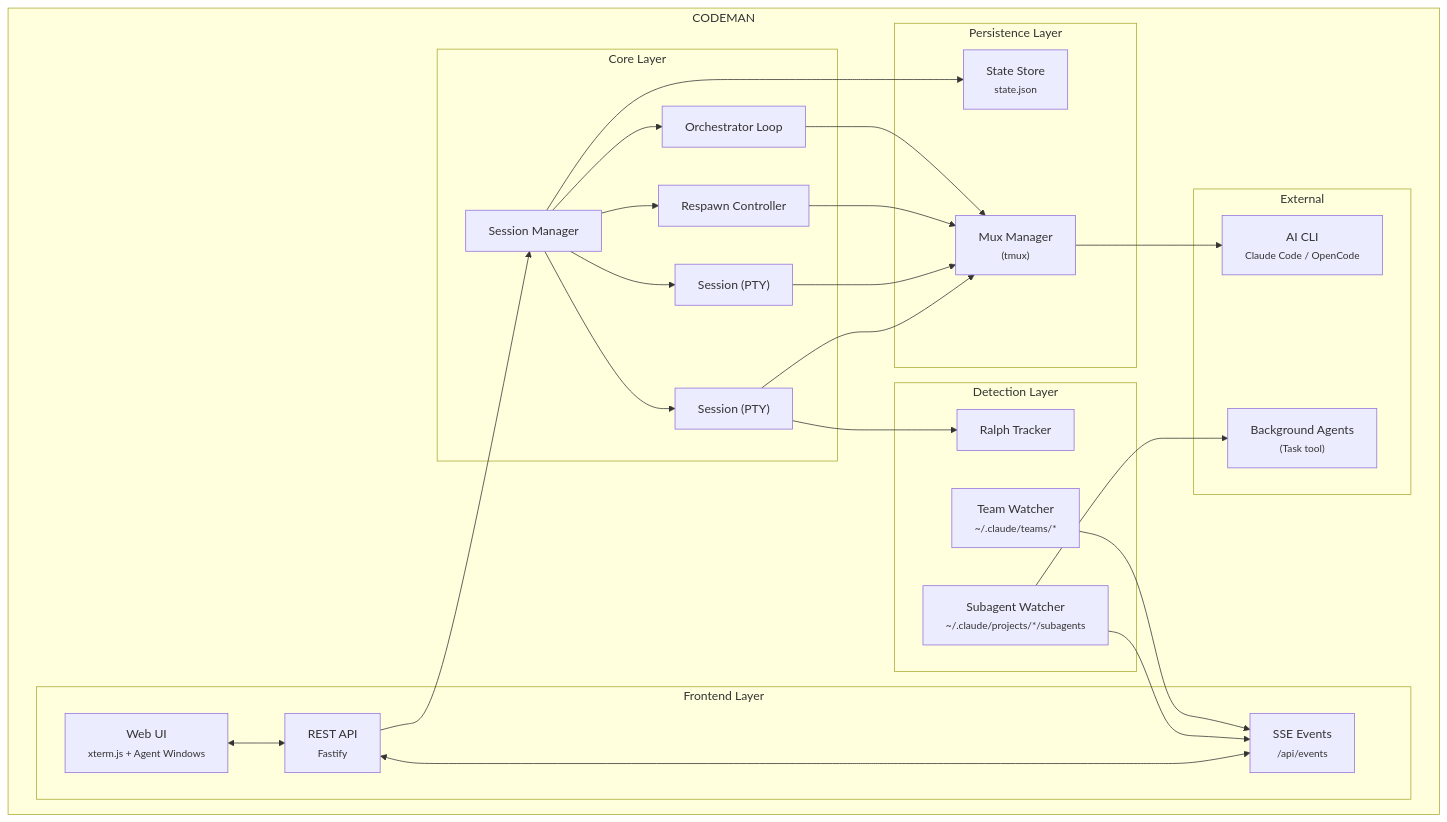
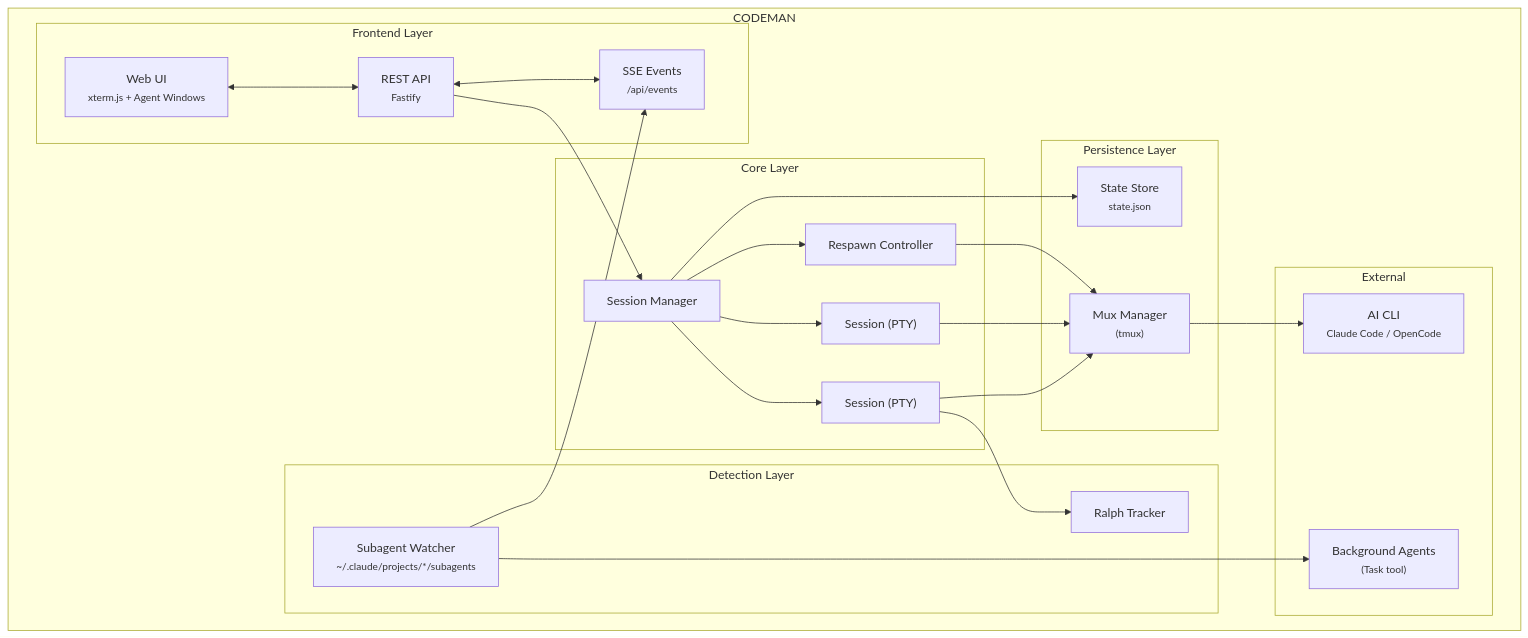
The diagram in README.md (aakhter/Codeman), drawn with Mermaid before and after one commit. The commit also changed other lines of this file and 2 other files, not shown here.

````diff
--- a/README.md
+++ b/README.md
@@ -553,52 +470,47 @@
 ```mermaid
 flowchart TB
     subgraph Codeman["CODEMAN"]
         subgraph Frontend["Frontend Layer"]
             UI["Web UI<br/><small>xterm.js + Agent Windows</small>"]
             API["REST API<br/><small>Fastify</small>"]
             SSE["SSE Events<br/><small>/api/events</small>"]
         end
 
         subgraph Core["Core Layer"]
             SM["Session Manager"]
             S1["Session (PTY)"]
             S2["Session (PTY)"]
             RC["Respawn Controller"]
-            ORC["Orchestrator Loop"]
         end
 
         subgraph Detection["Detection Layer"]
             RT["Ralph Tracker"]
             SW["Subagent Watcher<br/><small>~/.claude/projects/*/subagents</small>"]
-            TW["Team Watcher<br/><small>~/.claude/teams/*</small>"]
         end
 
         subgraph Persistence["Persistence Layer"]
             SCR["Mux Manager<br/><small>(tmux)</small>"]
             SS["State Store<br/><small>state.json</small>"]
         end
 
         subgraph External["External"]
             CLI["AI CLI<br/><small>Claude Code / OpenCode</small>"]
             BG["Background Agents<br/><small>(Task tool)</small>"]
         end
     end
 
     UI <--> API
     API <--> SSE
     API --> SM
     SM --> S1
     SM --> S2
     SM --> RC
-    SM --> ORC
     SM --> SS
     S1 --> RT
     S1 --> SCR
     S2 --> SCR
     RC --> SCR
-    ORC --> SCR
     SCR --> CLI
     SW --> BG
     SW --> SSE
-    TW --> SSE
 ```
````
